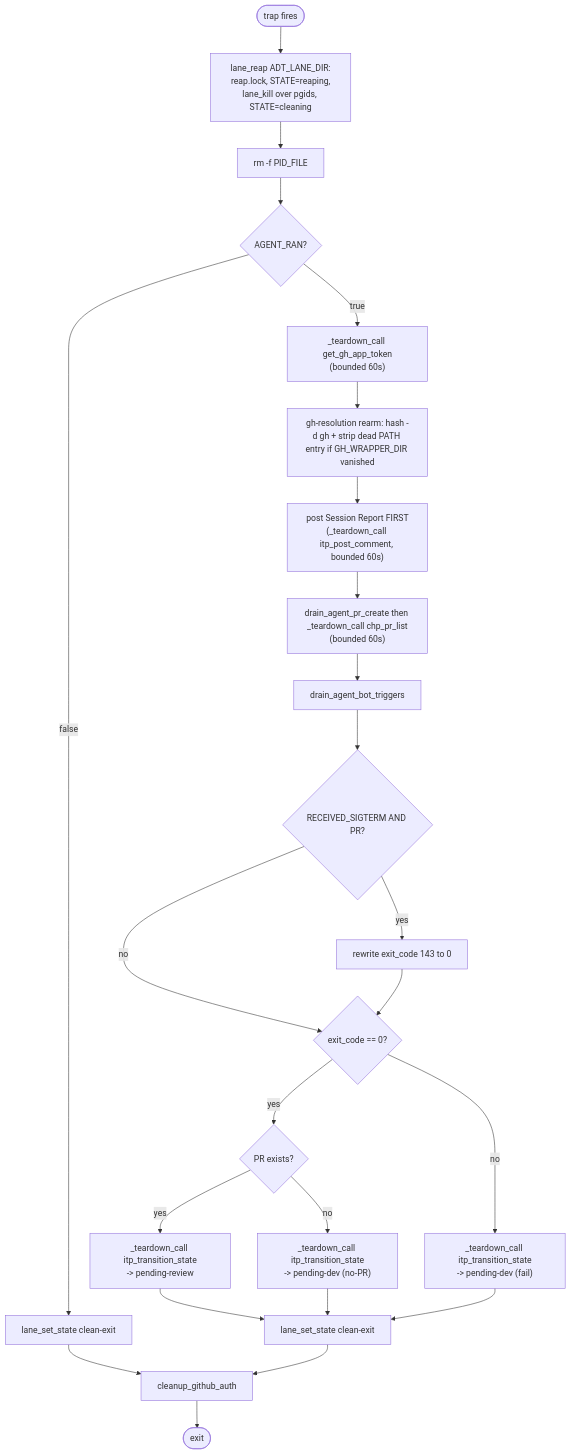
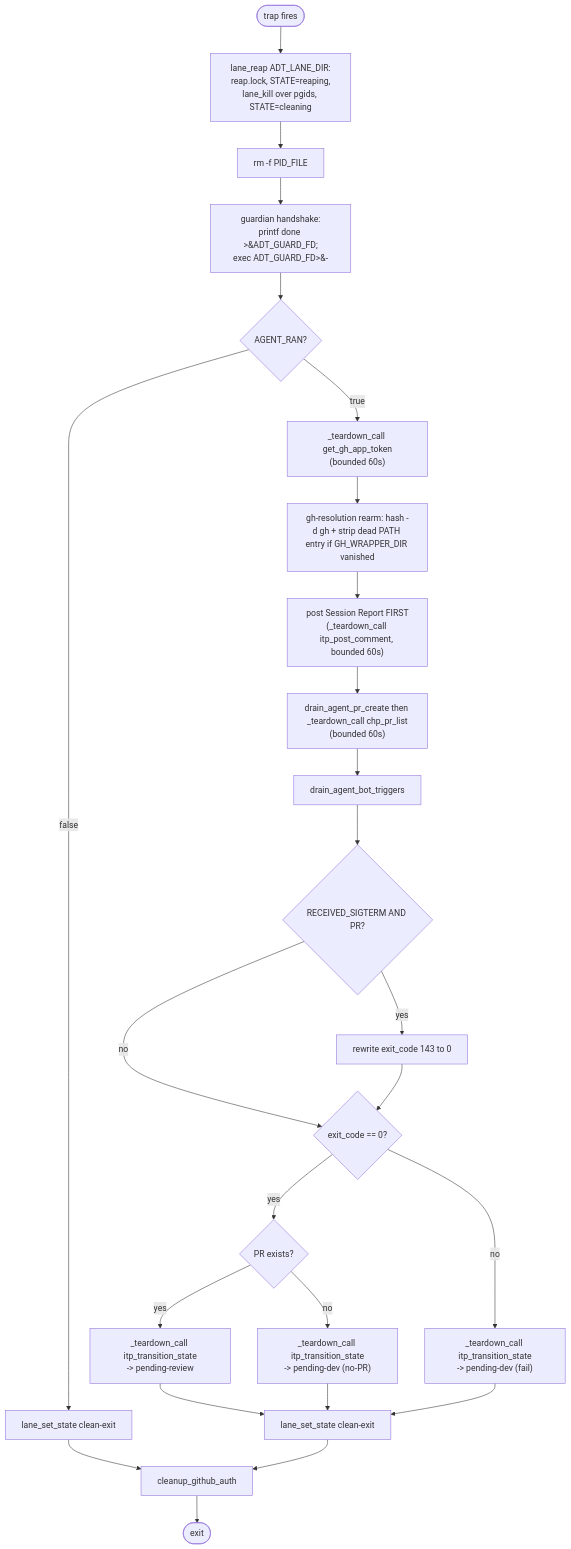
One commit to zxkane/autonomous-dev-team changed the second of 2 diagrams in docs/pipeline/dev-agent-flow.md. Above: the diagram before and after it, drawn with Mermaid. The commit also changed other lines of this file and 16 other files, not shown here.

````diff
--- a/docs/pipeline/dev-agent-flow.md
+++ b/docs/pipeline/dev-agent-flow.md
@@ -279,30 +292,31 @@
 ```mermaid
 flowchart TD
     enter([trap fires]) --> lane_reap[lane_reap ADT_LANE_DIR:<br/>reap.lock, STATE=reaping,<br/>lane_kill over pgids, STATE=cleaning]
     lane_reap --> rm_pid[rm -f PID_FILE]
-    rm_pid --> ran{AGENT_RAN?}
+    rm_pid --> handshake["guardian handshake:<br/>printf done &gt;&amp;ADT_GUARD_FD;<br/>exec ADT_GUARD_FD&gt;&amp;-"]
+    handshake --> ran{AGENT_RAN?}
     ran -- false --> lane_clean1[lane_set_state clean-exit]
     lane_clean1 --> auth_done[cleanup_github_auth]
     auth_done --> done([exit])
 
     ran -- true --> refresh["_teardown_call get_gh_app_token<br/>(bounded 60s)"]
     refresh --> gh_rearm[gh-resolution rearm: hash -d gh + strip dead PATH entry if GH_WRAPPER_DIR vanished]
     gh_rearm --> session_report["post Session Report FIRST<br/>(_teardown_call itp_post_comment, bounded 60s)"]
     session_report --> pr_lookup["drain_agent_pr_create then _teardown_call chp_pr_list<br/>(bounded 60s)"]
     pr_lookup --> bot_broker[drain_agent_bot_triggers]
     bot_broker --> sigterm_check{RECEIVED_SIGTERM AND PR?}
     sigterm_check -- yes --> rewrite[rewrite exit_code 143 to 0]
     sigterm_check -- no --> exit_branch
     rewrite --> exit_branch{exit_code == 0?}
 
     exit_branch -- yes --> pr_check{PR exists?}
     pr_check -- yes --> to_review["_teardown_call itp_transition_state<br/>-> pending-review"]
     pr_check -- no --> to_dev_no_pr["_teardown_call itp_transition_state<br/>-> pending-dev (no-PR)"]
 
     exit_branch -- no --> to_dev_fail["_teardown_call itp_transition_state<br/>-> pending-dev (fail)"]
 
     to_review --> lane_clean2[lane_set_state clean-exit]
     to_dev_no_pr --> lane_clean2
     to_dev_fail --> lane_clean2
     lane_clean2 --> auth_done
 ```
````
